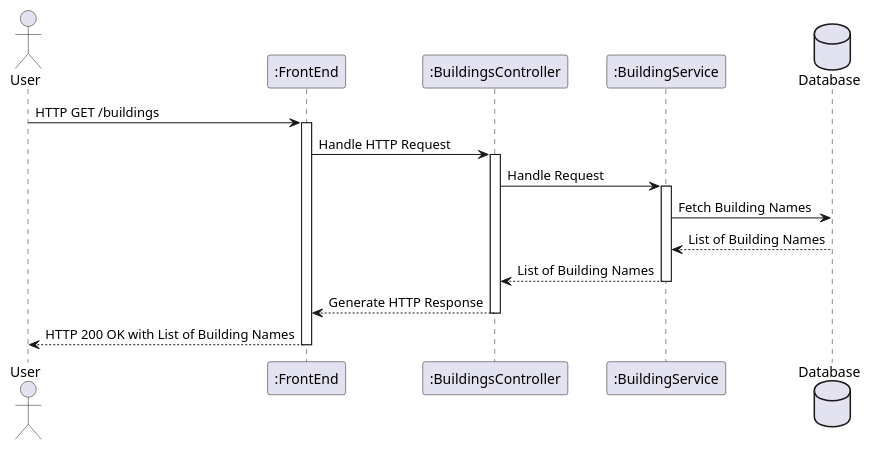
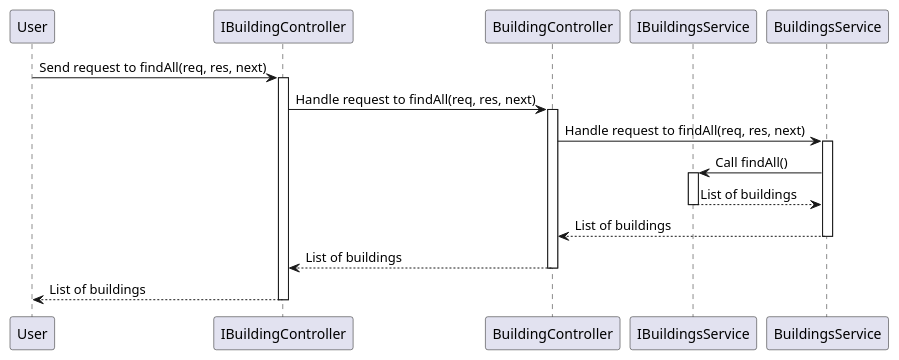
The diagram in docs/US170/Level3_ListAllBuildings/Level3_ListAllBuildings.puml (NunoTeixeiraMota/ProjetoIntegrador24), drawn with PlantUML before and after one commit. The commit also changed 3 other files, not shown here.

Commit message:
Level 3 diagrams correction

```diff
--- a/docs/US170/Level3_ListAllBuildings/Level3_ListAllBuildings.puml
+++ b/docs/US170/Level3_ListAllBuildings/Level3_ListAllBuildings.puml
@@ -1,22 +1,26 @@
-@startuml
-actor "User" as user
-participant ":FrontEnd" as frontend
-participant ":BuildingsController" as controller
-participant ":BuildingService" as service
-database "Database" as db
+@startuml sd
 
-user -> frontend: HTTP GET /buildings
-activate frontend
-frontend -> controller: Handle HTTP Request
-activate controller
-controller -> service: Handle Request
-activate service
-service -> db: Fetch Building Names
-db --> service: List of Building Names
-service --> controller: List of Building Names
-deactivate service
-controller --> frontend: Generate HTTP Response
-deactivate controller
-frontend --> user: HTTP 200 OK with List of Building Names
-deactivate frontend
+participant "User" as A
+participant "IBuildingController" as IB
+participant "BuildingController" as B
+participant "IBuildingsService" as IC
+participant "BuildingsService" as C
+
+A -> IB: Send request to findAll(req, res, next)
+activate IB
+IB -> B: Handle request to findAll(req, res, next)
+activate B
+B -> C: Handle request to findAll(req, res, next)
+activate C
+C -> IC: Call findAll()
+activate IC
+IC --> C: List of buildings
+deactivate IC
+C --> B: List of buildings
+deactivate C
+B --> IB: List of buildings
+deactivate B
+IB --> A: List of buildings
+deactivate IB
+
 @enduml
```
